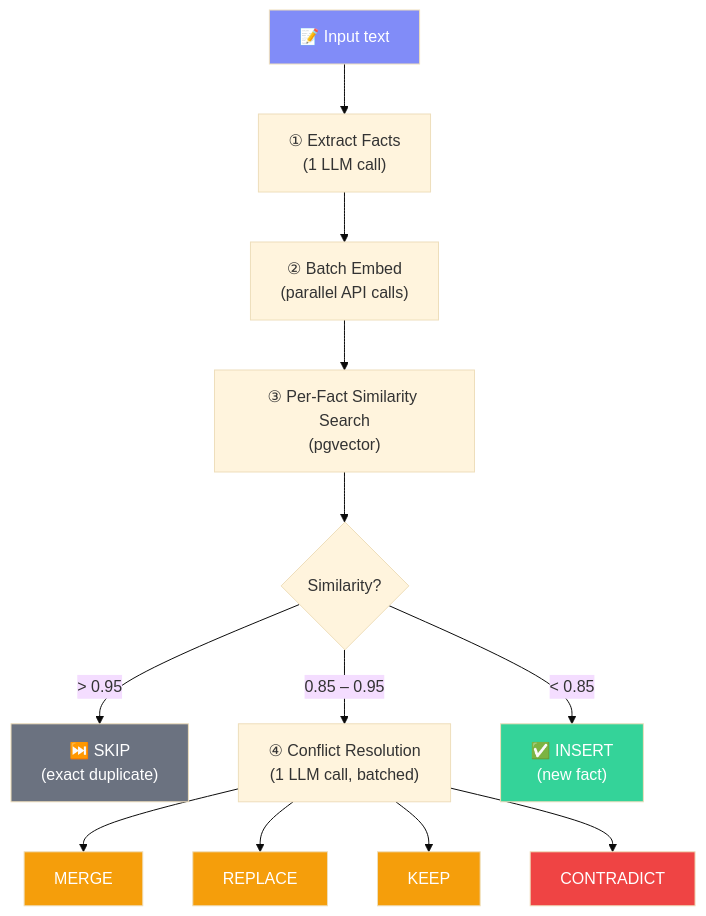
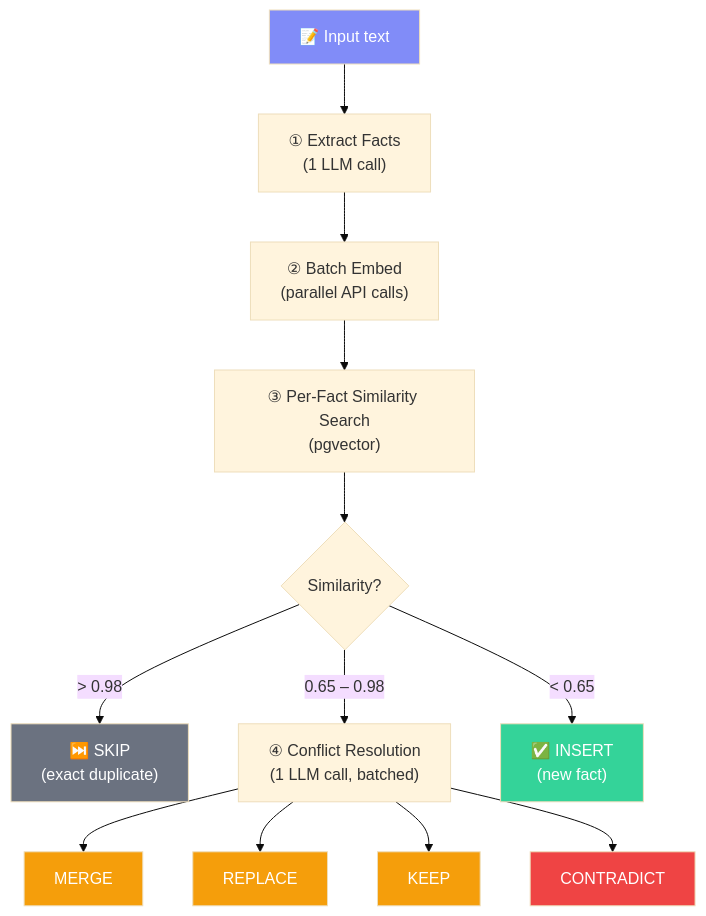
One commit to iamanishroy/memlib changed the diagram in apps/web/content/docs/concepts/smart-store.mdx. Above: the diagram before and after it, drawn with Mermaid (base theme). The commit also changed other lines of this file and 6 other files, not shown here.

````diff
--- a/apps/web/content/docs/concepts/smart-store.mdx
+++ b/apps/web/content/docs/concepts/smart-store.mdx
@@ -21,22 +21,22 @@
 ```mermaid
 flowchart TD
     A["📝 Input text"] --> B["① Extract Facts\n(1 LLM call)"]
     B --> C["② Batch Embed\n(parallel API calls)"]
     C --> D["③ Per-Fact Similarity Search\n(pgvector)"]
     D --> E{"Similarity?"}
-    E -->|"> 0.95"| F["⏭️ SKIP\n(exact duplicate)"]
-    E -->|"0.85 – 0.95"| G["④ Conflict Resolution\n(1 LLM call, batched)"]
-    E -->|"< 0.85"| H["✅ INSERT\n(new fact)"]
+    E -->|"> 0.98"| F["⏭️ SKIP\n(exact duplicate)"]
+    E -->|"0.65 – 0.98"| G["④ Conflict Resolution\n(1 LLM call, batched)"]
+    E -->|"< 0.65"| H["✅ INSERT\n(new fact)"]
     G --> I["MERGE"]
     G --> J["REPLACE"]
     G --> K["KEEP"]
     G --> L["CONTRADICT"]
 
     style A fill:#818cf8,color:#fff
     style F fill:#6b7280,color:#fff
     style H fill:#34d399,color:#fff
     style I fill:#f59e0b,color:#fff
     style J fill:#f59e0b,color:#fff
     style K fill:#f59e0b,color:#fff
     style L fill:#ef4444,color:#fff
 ```
````
